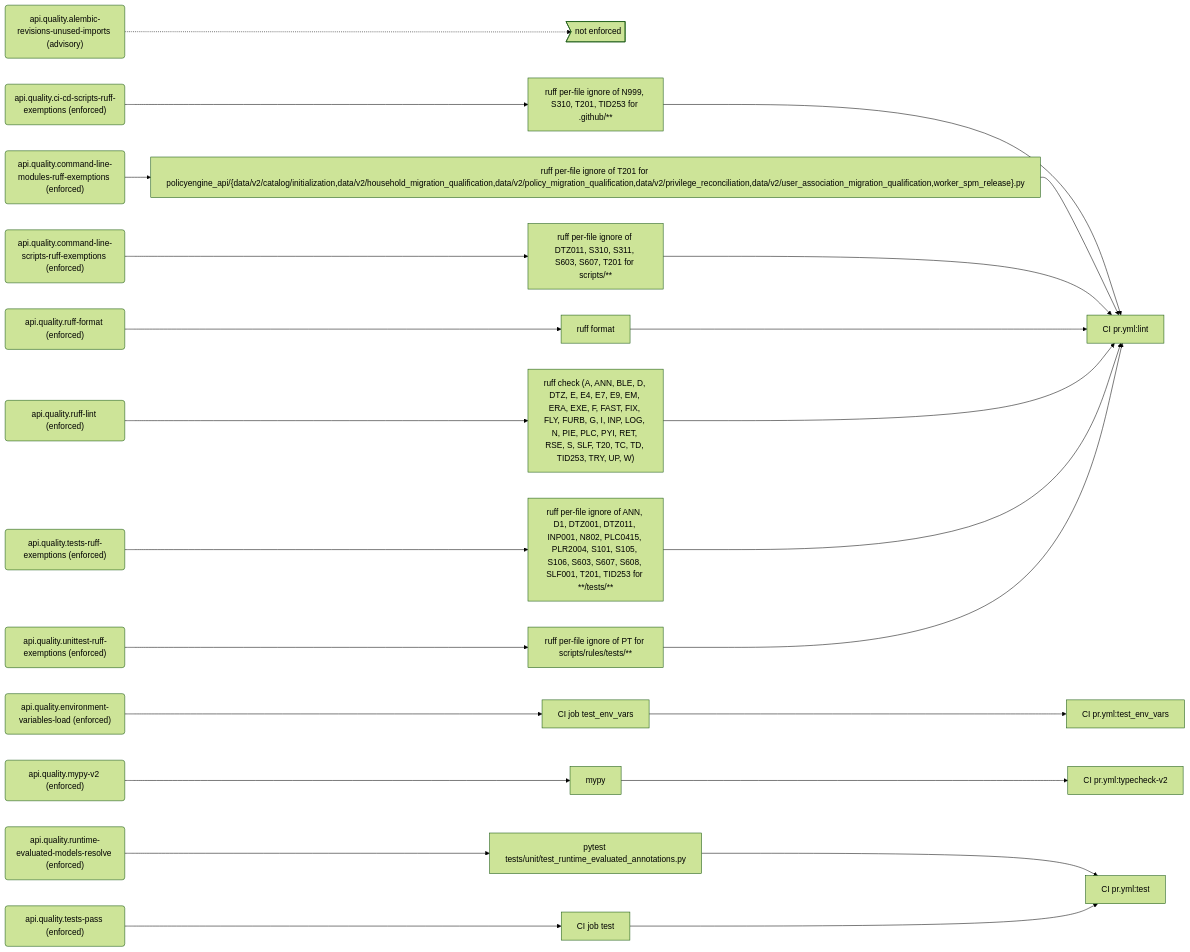
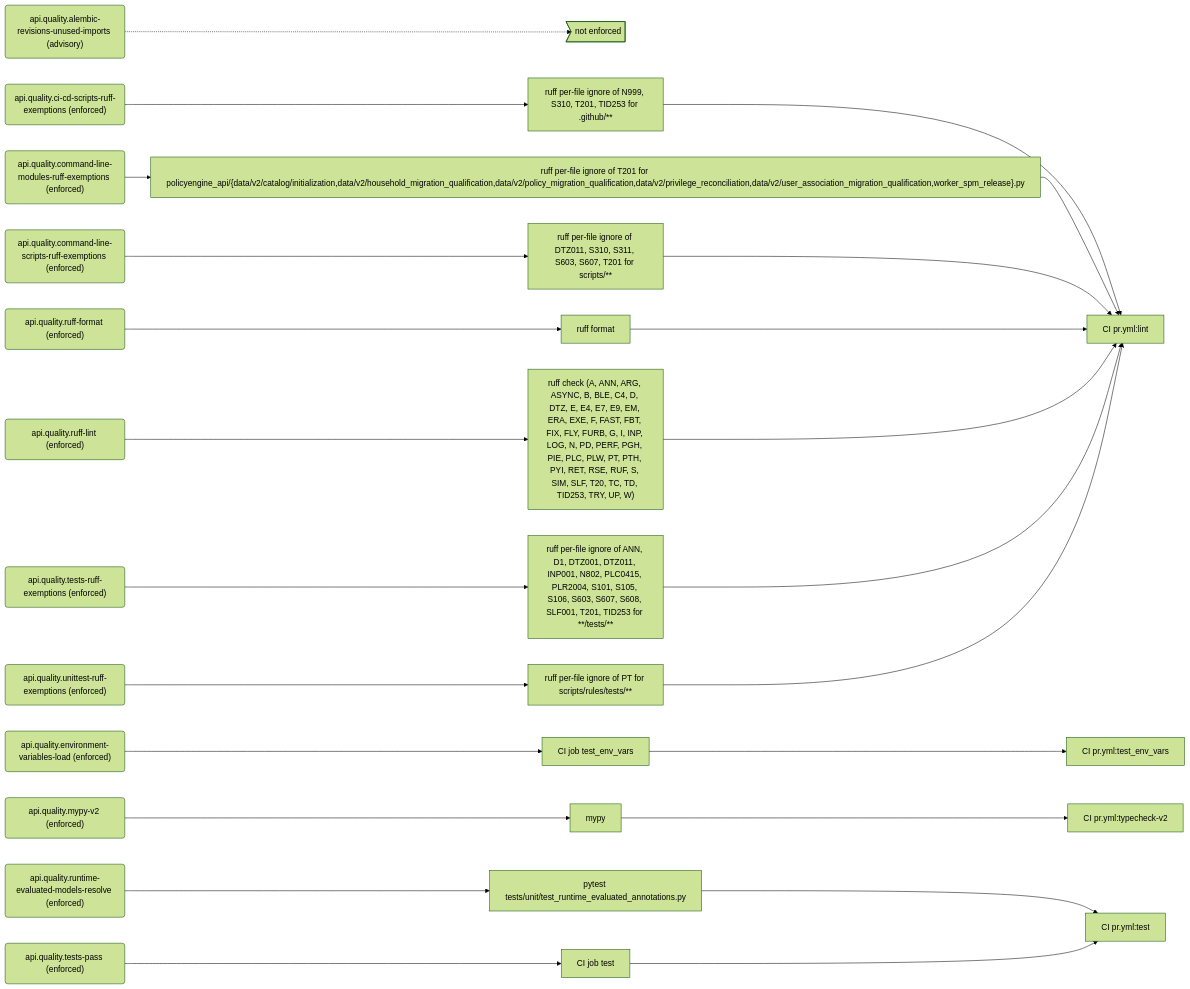
The sixth of 9 diagrams in docs/generated/rules.md (PolicyEngine/policyengine-api), drawn with Mermaid (forest theme) before and after one commit. The commit also changed other lines of this file and 2 other files, not shown here.

Commit message:
Register group 8a in the ruff-lint rule
api.quality.ruff-lint now lists ARG, ASYNC, B, C4, FBT, PD, PERF, PGH,
PLW, PT, PTH, RUF and SIM. The rendered rules page also picks up the
rules tool's new hash.

````diff
--- a/docs/generated/rules.md
+++ b/docs/generated/rules.md
@@ -305,54 +305,54 @@
 ```mermaid
 flowchart LR
   r_api_quality_alembic_revisions_unused_imports("api.quality.alembic-revisions-unused-imports (advisory)")
   gap_unenforced>"not enforced"]
   r_api_quality_ci_cd_scripts_ruff_exemptions("api.quality.ci-cd-scripts-ruff-exemptions (enforced)")
   e_ruff_per_file_ignore_of_N999__S310__T201__TID253_for__github___["ruff per-file ignore of N999, S310, T201, TID253 for .github/**"]
   j_CI_pr_yml_lint["CI pr.yml:lint"]
   r_api_quality_command_line_modules_ruff_exemptions("api.quality.command-line-modules-ruff-exemptions (enforced)")
   e_ruff_per_file_ignore_of_T201_for_policyengine_api__data_v2_catalog_initialization_data_v2_household_migration_qualification_data_v2_policy_migration_qualification_data_v2_privilege_reconciliation_data_v2_user_association_migration_qualification_worker_spm_release__py["ruff per-file ignore of T201 for policyengine_api/{data/v2/catalog/initialization,data/v2/household_migration_qualification,data/v2/policy_migration_qualification,data/v2/privilege_reconciliation,data/v2/user_association_migration_qualification,worker_spm_release}.py"]
   r_api_quality_command_line_scripts_ruff_exemptions("api.quality.command-line-scripts-ruff-exemptions (enforced)")
   e_ruff_per_file_ignore_of_DTZ011__S310__S311__S603__S607__T201_for_scripts___["ruff per-file ignore of DTZ011, S310, S311, S603, S607, T201 for scripts/**"]
   r_api_quality_environment_variables_load("api.quality.environment-variables-load (enforced)")
   e_CI_job_test_env_vars["CI job test_env_vars"]
   j_CI_pr_yml_test_env_vars["CI pr.yml:test_env_vars"]
   r_api_quality_mypy_v2("api.quality.mypy-v2 (enforced)")
   e_mypy["mypy"]
   j_CI_pr_yml_typecheck_v2["CI pr.yml:typecheck-v2"]
   r_api_quality_ruff_format("api.quality.ruff-format (enforced)")
   e_ruff_format["ruff format"]
   r_api_quality_ruff_lint("api.quality.ruff-lint (enforced)")
-  e_ruff_check__A__ANN__BLE__D__DTZ__E__E4__E7__E9__EM__ERA__EXE__F__FAST__FIX__FLY__FURB__G__I__INP__LOG__N__PIE__PLC__PYI__RET__RSE__S__SLF__T20__TC__TD__TID253__TRY__UP__W_["ruff check (A, ANN, BLE, D, DTZ, E, E4, E7, E9, EM, ERA, EXE, F, FAST, FIX, FLY, FURB, G, I, INP, LOG, N, PIE, PLC, PYI, RET, RSE, S, SLF, T20, TC, TD, TID253, TRY, UP, W)"]
+  e_ruff_check__A__ANN__ARG__ASYNC__B__BLE__C4__D__DTZ__E__E4__E7__E9__EM__ERA__EXE__F__FAST__FBT__FIX__FLY__FURB__G__I__INP__LOG__N__PD__PERF__PGH__PIE__PLC__PLW__PT__PTH__PYI__RET__RSE__RUF__S__SIM__SLF__T20__TC__TD__TID253__TRY__UP__W_["ruff check (A, ANN, ARG, ASYNC, B, BLE, C4, D, DTZ, E, E4, E7, E9, EM, ERA, EXE, F, FAST, FBT, FIX, FLY, FURB, G, I, INP, LOG, N, PD, PERF, PGH, PIE, PLC, PLW, PT, PTH, PYI, RET, RSE, RUF, S, SIM, SLF, T20, TC, TD, TID253, TRY, UP, W)"]
   r_api_quality_runtime_evaluated_models_resolve("api.quality.runtime-evaluated-models-resolve (enforced)")
   e_pytest_tests_unit_test_runtime_evaluated_annotations_py["pytest tests/unit/test_runtime_evaluated_annotations.py"]
   j_CI_pr_yml_test["CI pr.yml:test"]
   r_api_quality_tests_pass("api.quality.tests-pass (enforced)")
   e_CI_job_test["CI job test"]
   r_api_quality_tests_ruff_exemptions("api.quality.tests-ruff-exemptions (enforced)")
   e_ruff_per_file_ignore_of_ANN__D1__DTZ001__DTZ011__INP001__N802__PLC0415__PLR2004__S101__S105__S106__S603__S607__S608__SLF001__T201__TID253_for____tests___["ruff per-file ignore of ANN, D1, DTZ001, DTZ011, INP001, N802, PLC0415, PLR2004, S101, S105, S106, S603, S607, S608, SLF001, T201, TID253 for **/tests/**"]
   r_api_quality_unittest_ruff_exemptions("api.quality.unittest-ruff-exemptions (enforced)")
   e_ruff_per_file_ignore_of_PT_for_scripts_rules_tests___["ruff per-file ignore of PT for scripts/rules/tests/**"]
   r_api_quality_alembic_revisions_unused_imports -.-> gap_unenforced
   r_api_quality_ci_cd_scripts_ruff_exemptions --> e_ruff_per_file_ignore_of_N999__S310__T201__TID253_for__github___
   e_ruff_per_file_ignore_of_N999__S310__T201__TID253_for__github___ --> j_CI_pr_yml_lint
   r_api_quality_command_line_modules_ruff_exemptions --> e_ruff_per_file_ignore_of_T201_for_policyengine_api__data_v2_catalog_initialization_data_v2_household_migration_qualification_data_v2_policy_migration_qualification_data_v2_privilege_reconciliation_data_v2_user_association_migration_qualification_worker_spm_release__py
   e_ruff_per_file_ignore_of_T201_for_policyengine_api__data_v2_catalog_initialization_data_v2_household_migration_qualification_data_v2_policy_migration_qualification_data_v2_privilege_reconciliation_data_v2_user_association_migration_qualification_worker_spm_release__py --> j_CI_pr_yml_lint
   r_api_quality_command_line_scripts_ruff_exemptions --> e_ruff_per_file_ignore_of_DTZ011__S310__S311__S603__S607__T201_for_scripts___
   e_ruff_per_file_ignore_of_DTZ011__S310__S311__S603__S607__T201_for_scripts___ --> j_CI_pr_yml_lint
   r_api_quality_environment_variables_load --> e_CI_job_test_env_vars
   e_CI_job_test_env_vars --> j_CI_pr_yml_test_env_vars
   r_api_quality_mypy_v2 --> e_mypy
   e_mypy --> j_CI_pr_yml_typecheck_v2
   r_api_quality_ruff_format --> e_ruff_format
   e_ruff_format --> j_CI_pr_yml_lint
-  r_api_quality_ruff_lint --> e_ruff_check__A__ANN__BLE__D__DTZ__E__E4__E7__E9__EM__ERA__EXE__F__FAST__FIX__FLY__FURB__G__I__INP__LOG__N__PIE__PLC__PYI__RET__RSE__S__SLF__T20__TC__TD__TID253__TRY__UP__W_
-  e_ruff_check__A__ANN__BLE__D__DTZ__E__E4__E7__E9__EM__ERA__EXE__F__FAST__FIX__FLY__FURB__G__I__INP__LOG__N__PIE__PLC__PYI__RET__RSE__S__SLF__T20__TC__TD__TID253__TRY__UP__W_ --> j_CI_pr_yml_lint
+  r_api_quality_ruff_lint --> e_ruff_check__A__ANN__ARG__ASYNC__B__BLE__C4__D__DTZ__E__E4__E7__E9__EM__ERA__EXE__F__FAST__FBT__FIX__FLY__FURB__G__I__INP__LOG__N__PD__PERF__PGH__PIE__PLC__PLW__PT__PTH__PYI__RET__RSE__RUF__S__SIM__SLF__T20__TC__TD__TID253__TRY__UP__W_
+  e_ruff_check__A__ANN__ARG__ASYNC__B__BLE__C4__D__DTZ__E__E4__E7__E9__EM__ERA__EXE__F__FAST__FBT__FIX__FLY__FURB__G__I__INP__LOG__N__PD__PERF__PGH__PIE__PLC__PLW__PT__PTH__PYI__RET__RSE__RUF__S__SIM__SLF__T20__TC__TD__TID253__TRY__UP__W_ --> j_CI_pr_yml_lint
   r_api_quality_runtime_evaluated_models_resolve --> e_pytest_tests_unit_test_runtime_evaluated_annotations_py
   e_pytest_tests_unit_test_runtime_evaluated_annotations_py --> j_CI_pr_yml_test
   r_api_quality_tests_pass --> e_CI_job_test
   e_CI_job_test --> j_CI_pr_yml_test
   r_api_quality_tests_ruff_exemptions --> e_ruff_per_file_ignore_of_ANN__D1__DTZ001__DTZ011__INP001__N802__PLC0415__PLR2004__S101__S105__S106__S603__S607__S608__SLF001__T201__TID253_for____tests___
   e_ruff_per_file_ignore_of_ANN__D1__DTZ001__DTZ011__INP001__N802__PLC0415__PLR2004__S101__S105__S106__S603__S607__S608__SLF001__T201__TID253_for____tests___ --> j_CI_pr_yml_lint
   r_api_quality_unittest_ruff_exemptions --> e_ruff_per_file_ignore_of_PT_for_scripts_rules_tests___
   e_ruff_per_file_ignore_of_PT_for_scripts_rules_tests___ --> j_CI_pr_yml_lint
 ```
````
